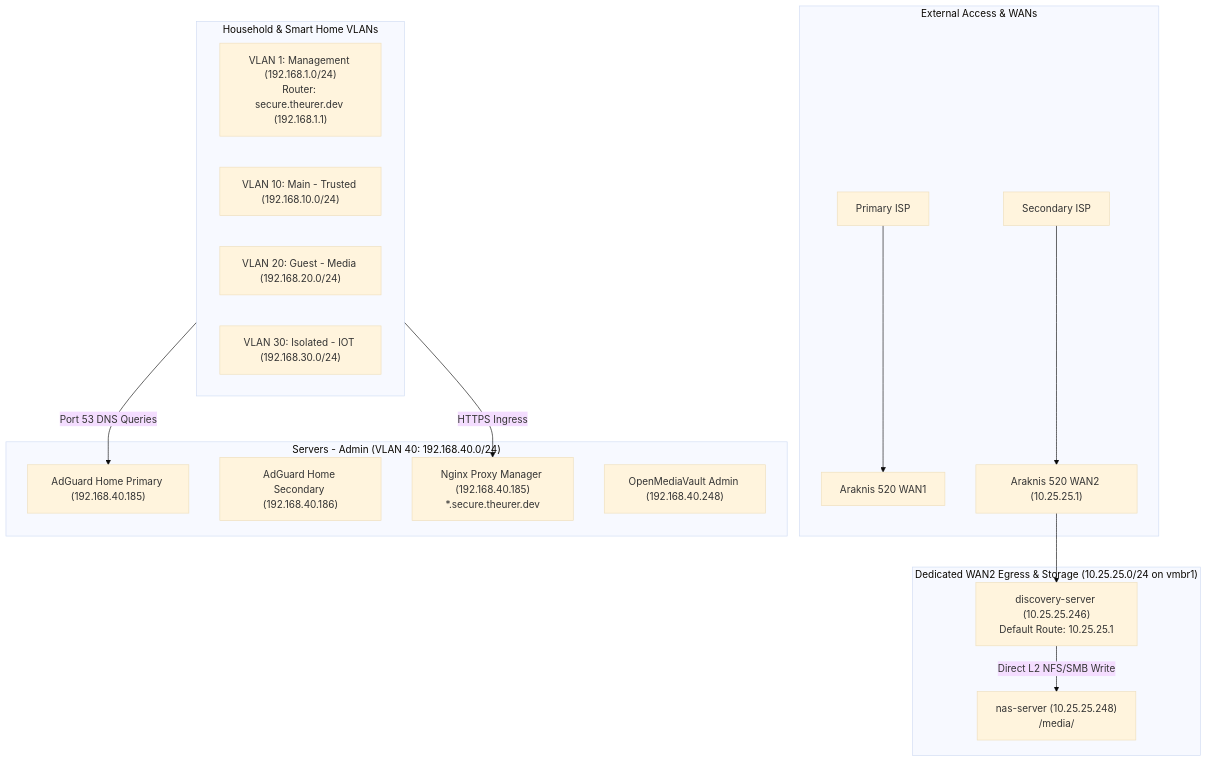
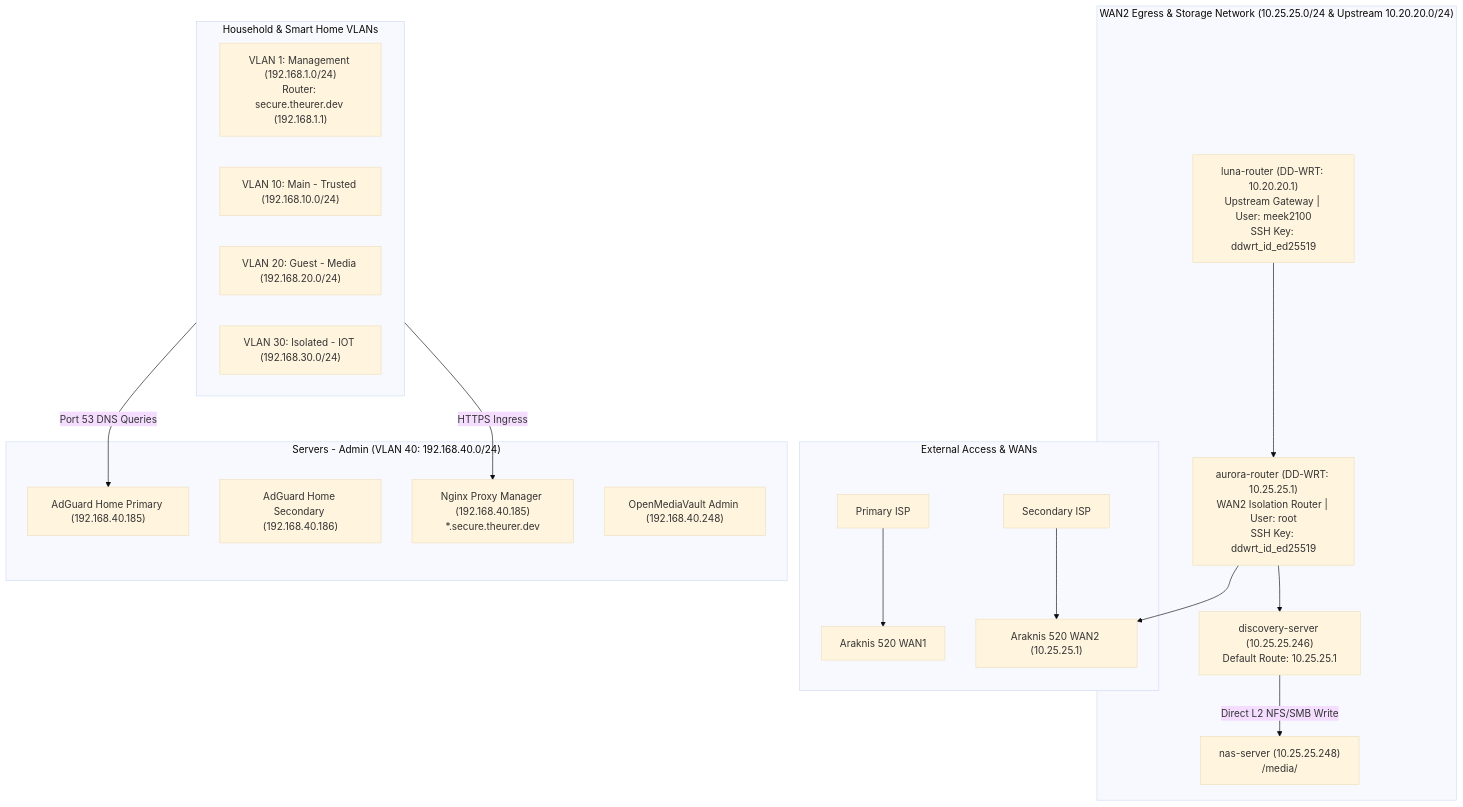
One commit to meek2100/homelab-infrastructure changed the first of 2 diagrams in infrastructure/network/network-topology.md. Above: the diagram before and after it, drawn with Mermaid (base theme). The commit also changed other lines of this file and 26 other files, not shown here.

Commit message:
feat(network): complete OpenWrt zero-loss backup and wire DD-WRT backup tooling

````diff
--- a/infrastructure/network/network-topology.md
+++ b/infrastructure/network/network-topology.md
@@ -87,29 +87,34 @@
 ```mermaid
 graph TD
     subgraph WAN ["External Access & WANs"]
         ISP1["Primary ISP"] --> WAN1["Araknis 520 WAN1"]
         ISP2["Secondary ISP"] --> WAN2["Araknis 520 WAN2 (10.25.25.1)"]
     end
 
     subgraph CoreVLAN40 ["Servers - Admin (VLAN 40: 192.168.40.0/24)"]
         AG1["AdGuard Home Primary (192.168.40.185)"]
         AG2["AdGuard Home Secondary (192.168.40.186)"]
         NPM["Nginx Proxy Manager (192.168.40.185)<br>*.secure.theurer.dev"]
         NAS_MGMT["OpenMediaVault Admin (192.168.40.248)"]
     end
 
-    subgraph WAN2_SAN ["Dedicated WAN2 Egress & Storage (10.25.25.0/24 on vmbr1)"]
-        WAN2 --> DS["discovery-server (10.25.25.246)<br>Default Route: 10.25.25.1"]
+    subgraph WAN2_DDWRT ["WAN2 Egress & Storage Network (10.25.25.0/24 & Upstream 10.20.20.0/24)"]
+        LUNA_R["luna-router (DD-WRT: 10.20.20.1)<br>Upstream Gateway | User: meek2100<br>SSH Key: ddwrt_id_ed25519"]
+        AURORA_R["aurora-router (DD-WRT: 10.25.25.1)<br>WAN2 Isolation Router | User: root<br>SSH Key: ddwrt_id_ed25519"]
+        
+        LUNA_R --> AURORA_R
+        AURORA_R --> WAN2
+        AURORA_R --> DS["discovery-server (10.25.25.246)<br>Default Route: 10.25.25.1"]
         DS -- Direct L2 NFS/SMB Write --> NAS_DATA["nas-server (10.25.25.248)<br>/media/"]
     end
 
     subgraph VLANs ["Household & Smart Home VLANs"]
         V1["VLAN 1: Management (192.168.1.0/24)<br>Router: secure.theurer.dev (192.168.1.1)"]
         V10["VLAN 10: Main - Trusted (192.168.10.0/24)"]
         V20["VLAN 20: Guest - Media (192.168.20.0/24)"]
         V30["VLAN 30: Isolated - IOT (192.168.30.0/24)"]
     end
 
     VLANs -- Port 53 DNS Queries --> AG1
     VLANs -- HTTPS Ingress --> NPM
 ```
````
